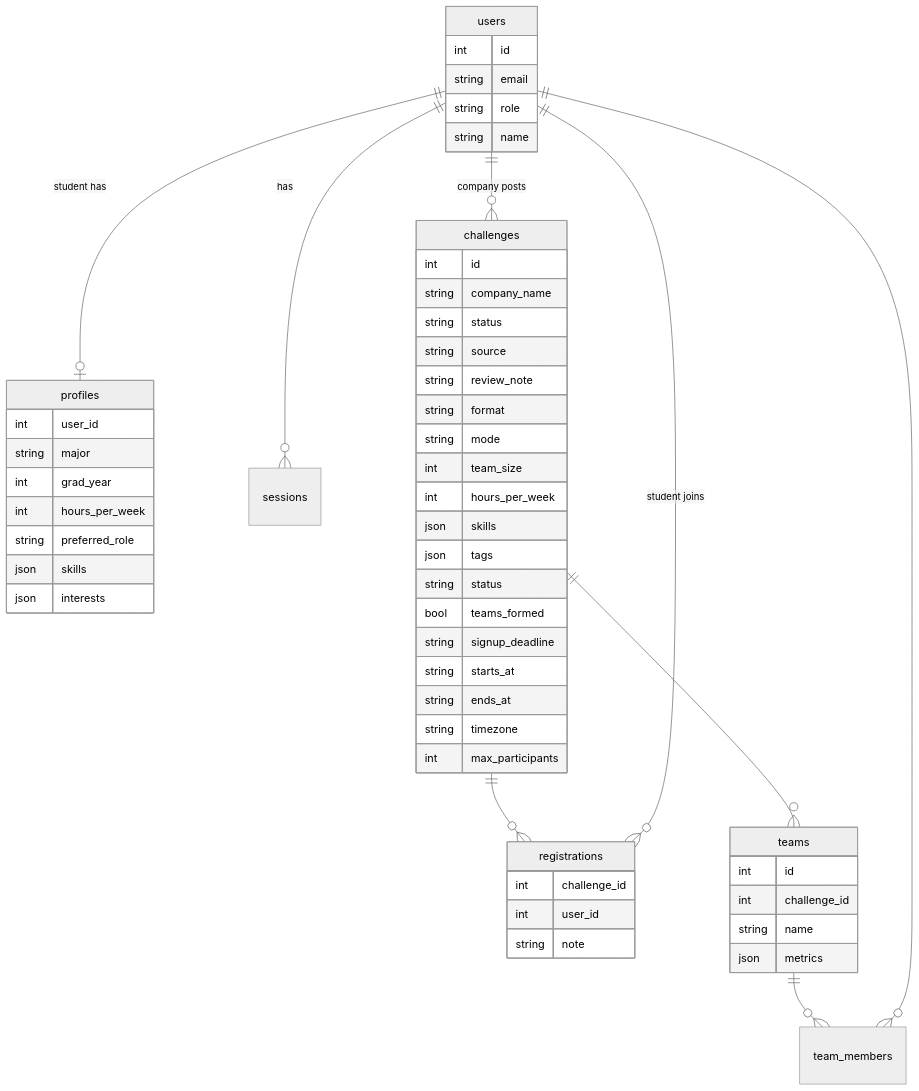
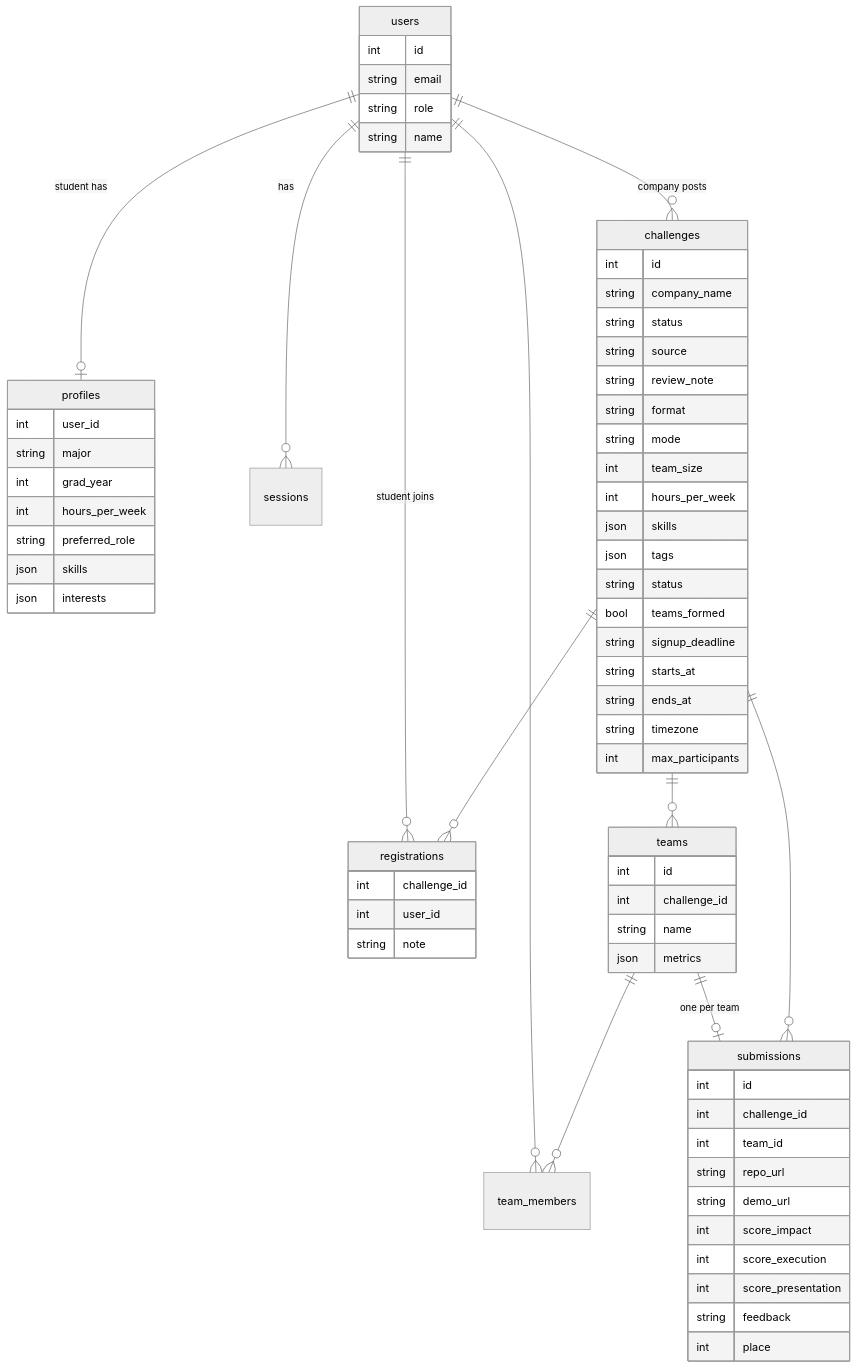
The second of 3 diagrams in docs/architecture.md (alinaliu2025/rungs), drawn with Mermaid (neutral theme) before and after one commit. The commit also changed other lines of this file and 18 other files, not shown here.

First line of the commit message:
Add submissions, judging, winners and an end-to-end demo video script

````diff
--- a/docs/architecture.md
+++ b/docs/architecture.md
@@ -33,17 +33,20 @@
 ```mermaid
 erDiagram
   users ||--o| profiles : "student has"
   users ||--o{ sessions : has
   users ||--o{ challenges : "company posts"
   challenges ||--o{ registrations : ""
   users ||--o{ registrations : "student joins"
   challenges ||--o{ teams : ""
   teams ||--o{ team_members : ""
   users ||--o{ team_members : ""
+  challenges ||--o{ submissions : ""
+  teams ||--o| submissions : "one per team"
 
   users { int id string email string role string name }
   profiles { int user_id string major int grad_year int hours_per_week string preferred_role json skills json interests }
   challenges { int id string company_name string status string source string review_note string format string mode int team_size int hours_per_week json skills json tags string status bool teams_formed string signup_deadline string starts_at string ends_at string timezone int max_participants }
   registrations { int challenge_id int user_id string note }
   teams { int id int challenge_id string name json metrics }
+  submissions { int id int challenge_id int team_id string repo_url string demo_url int score_impact int score_execution int score_presentation string feedback int place }
 ```
````
